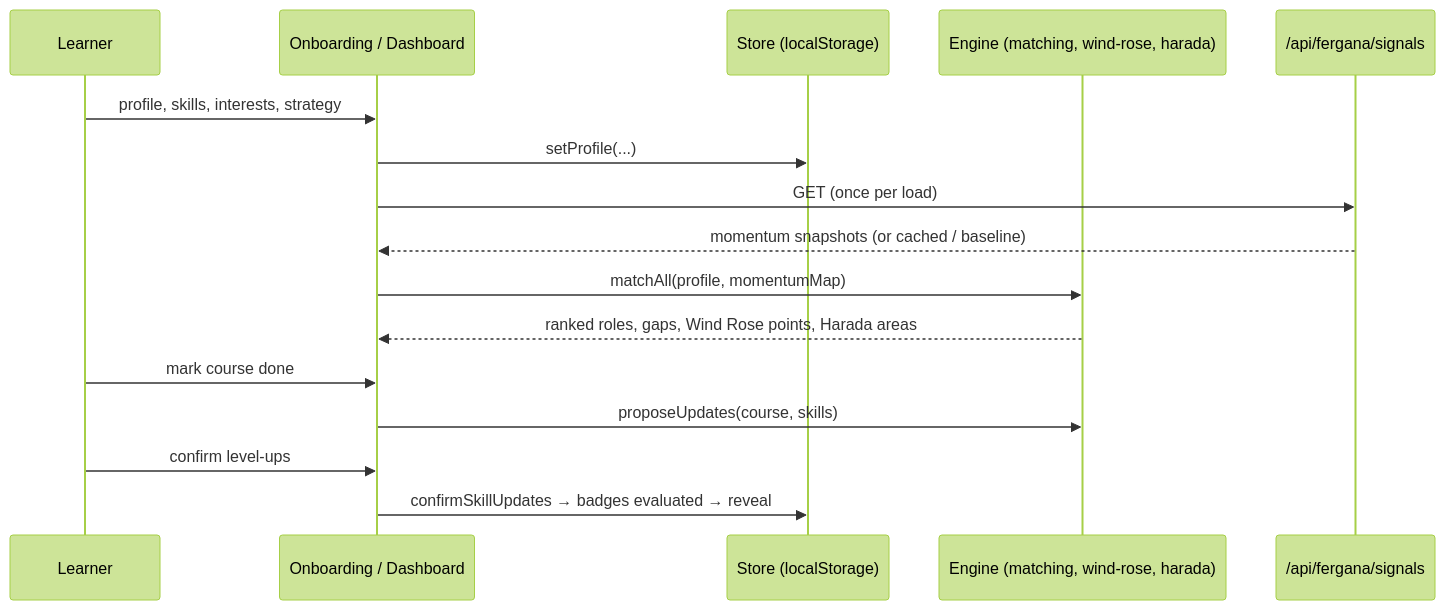
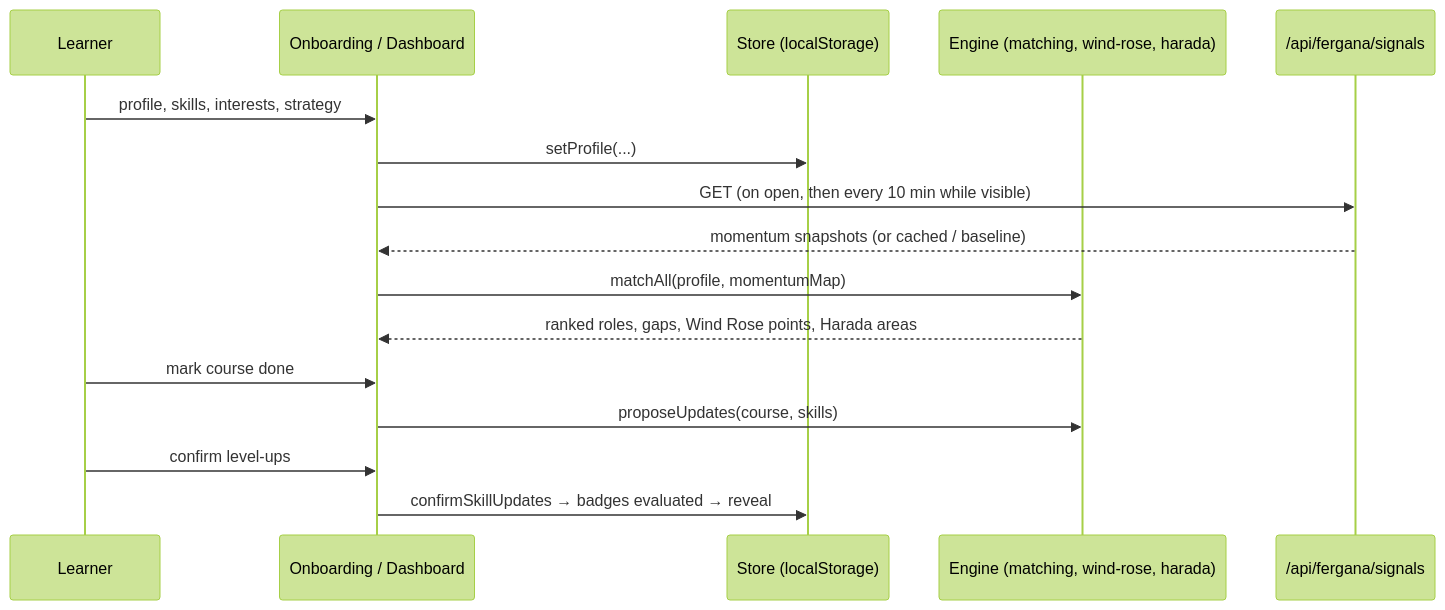
Before and after one commit to Renni-tech/Skillcast-Fergana: the second of 4 diagrams in docs/03-architecture.md, drawn with Mermaid (forest theme). The commit also changed other lines of this file and 27 other files, not shown here.

````diff
--- a/docs/03-architecture.md
+++ b/docs/03-architecture.md
@@ -192,18 +194,18 @@
 ```mermaid
 sequenceDiagram
   participant U as Learner
   participant UI as Onboarding / Dashboard
   participant S as Store (localStorage)
   participant E as Engine (matching, wind-rose, harada)
   participant API as /api/fergana/signals
   U->>UI: profile, skills, interests, strategy
   UI->>S: setProfile(...)
-  UI->>API: GET (once per load)
+  UI->>API: GET (on open, then every 10 min while visible)
   API-->>UI: momentum snapshots (or cached / baseline)
   UI->>E: matchAll(profile, momentumMap)
   E-->>UI: ranked roles, gaps, Wind Rose points, Harada areas
   U->>UI: mark course done
   UI->>E: proposeUpdates(course, skills)
   U->>UI: confirm level-ups
   UI->>S: confirmSkillUpdates → badges evaluated → reveal
 ```
````
